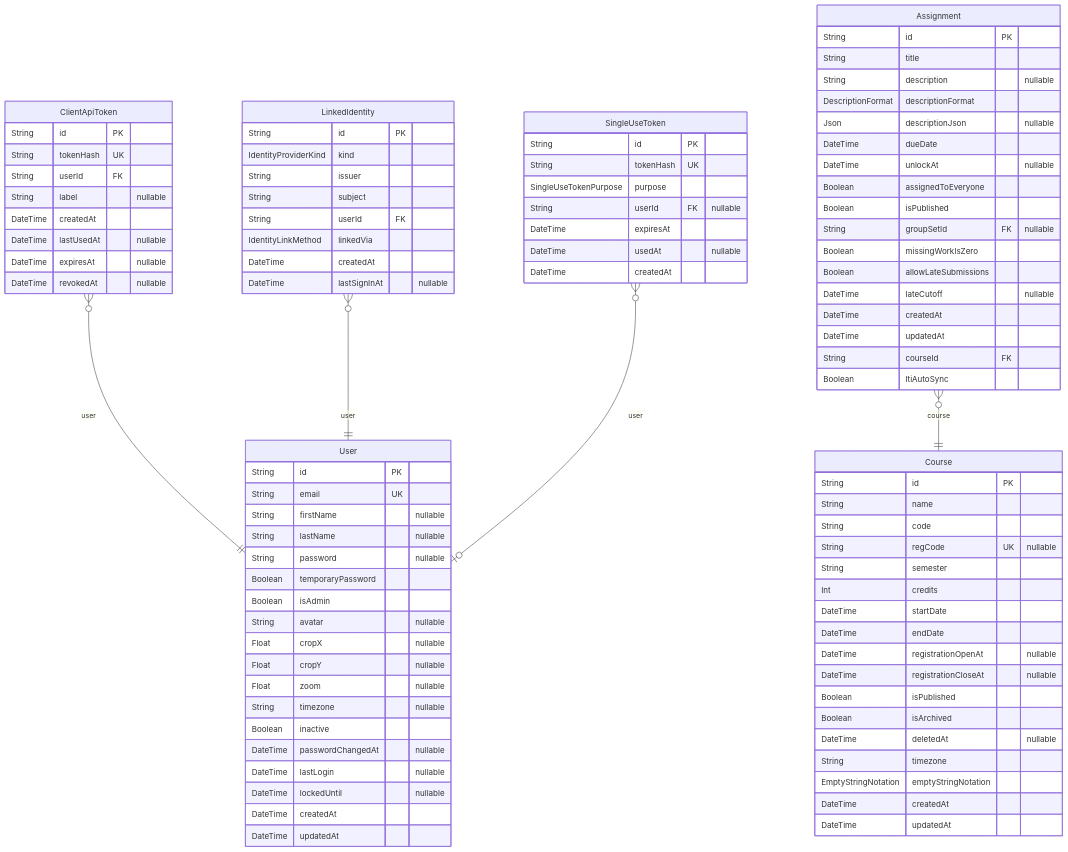
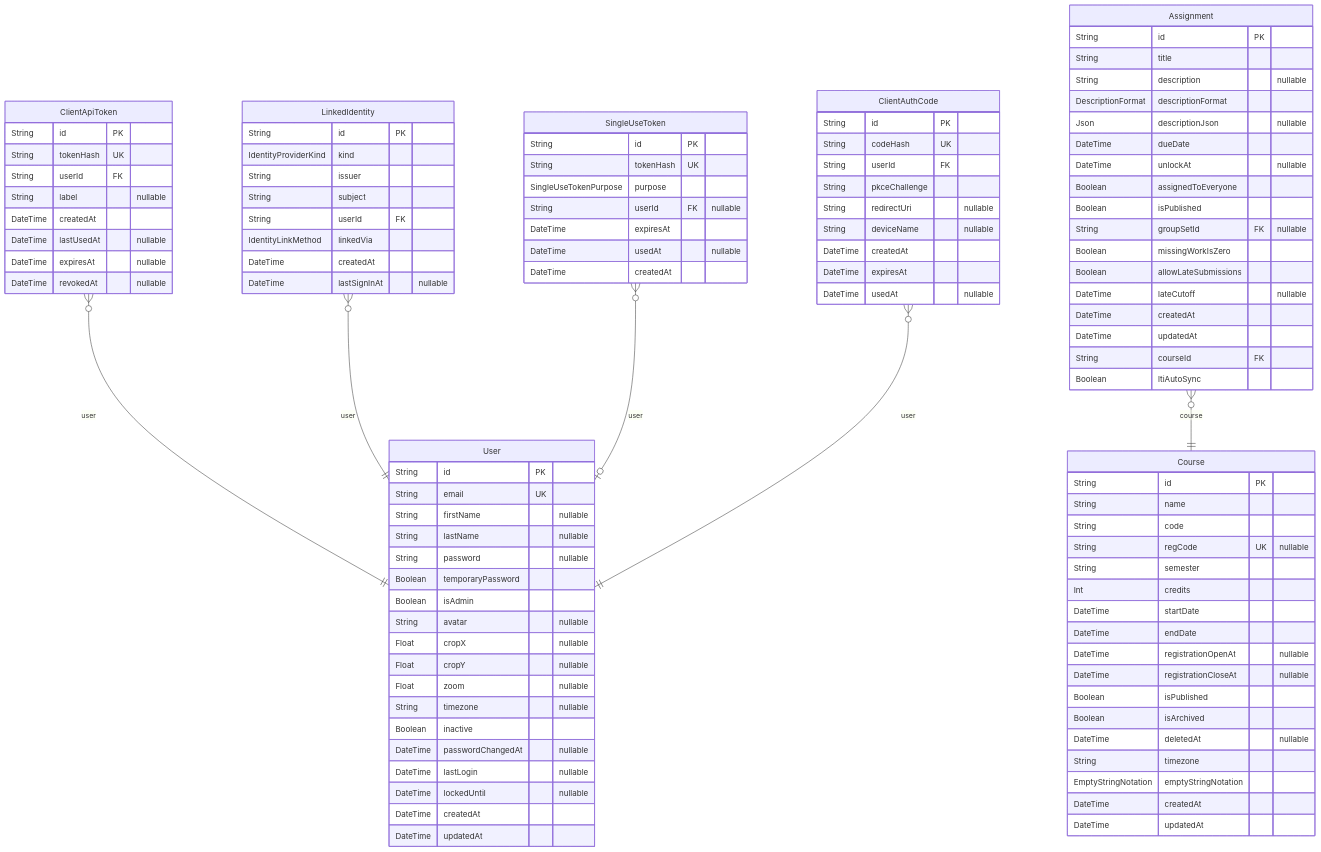
Before and after one commit to PennStateCS/AFCT: the first of 6 diagrams in docs-site/docs/reference/database-schema.md, drawn with Mermaid. The commit also changed other lines of this file and 15 other files, not shown here.

````diff
--- a/docs-site/docs/reference/database-schema.md
+++ b/docs-site/docs/reference/database-schema.md
@@ -62,6 +62,17 @@
   DateTime usedAt "nullable"
   DateTime createdAt
 }
+"ClientAuthCode" {
+  String id PK
+  String codeHash UK
+  String userId FK
+  String pkceChallenge
+  String redirectUri "nullable"
+  String deviceName "nullable"
+  DateTime createdAt
+  DateTime expiresAt
+  DateTime usedAt "nullable"
+}
 "Course" {
   String id PK
   String name
@@ -103,5 +114,6 @@
 "ClientApiToken" }o--|| "User" : user
 "LinkedIdentity" }o--|| "User" : user
 "SingleUseToken" }o--o| "User" : user
+"ClientAuthCode" }o--|| "User" : user
 "Assignment" }o--|| "Course" : course
 ```
````
